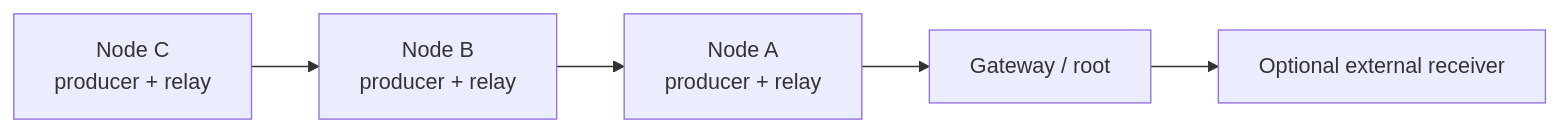
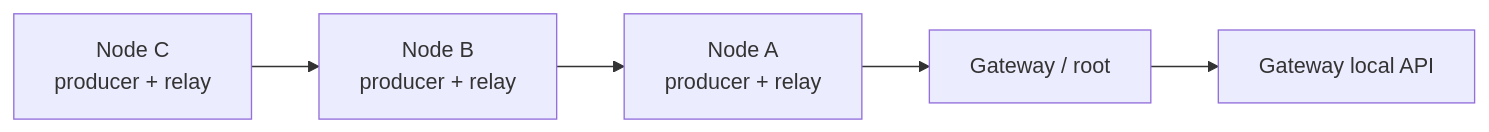
Before and after one commit to Itsmmdoha/duckLogger: the diagram in README.md, drawn with Mermaid. The commit also changed other lines of this file and 5 other files, not shown here.

````diff
--- a/README.md
+++ b/README.md
@@ -23,7 +22,7 @@
 ```mermaid
 flowchart LR
     N1[Node A<br/>producer + relay] --> G[Gateway / root]
     N2[Node B<br/>producer + relay] --> N1
     N3[Node C<br/>producer + relay] --> N2
-    G --> R[Optional external receiver]
+    G --> API[Gateway local API]
 ```
````
